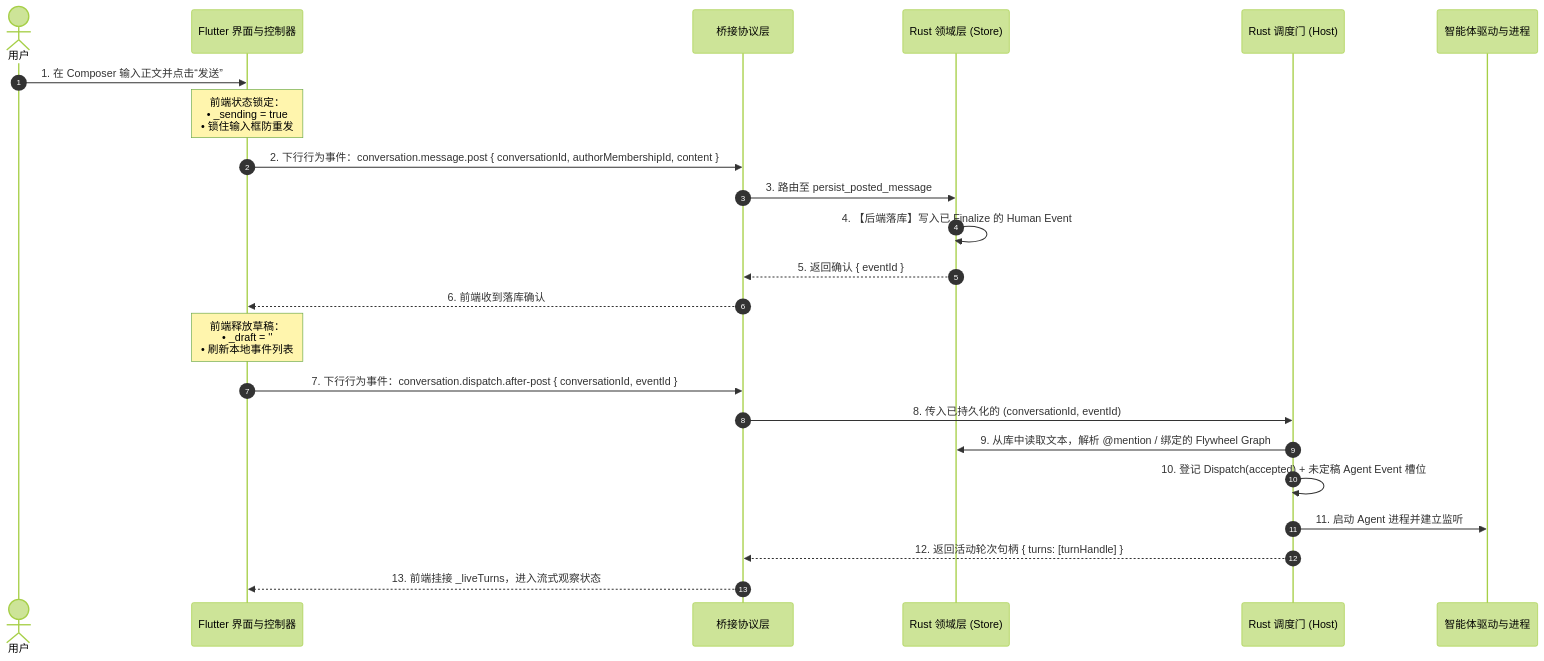
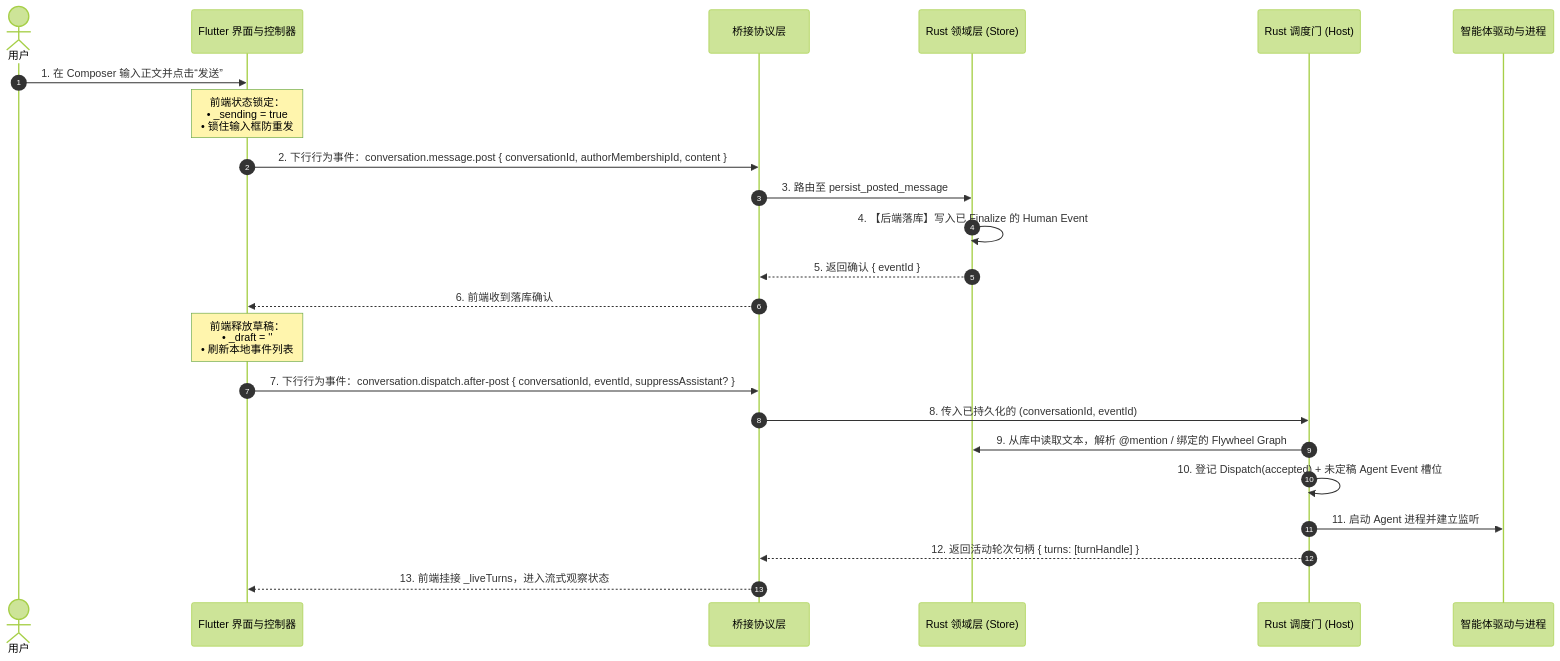
Before and after one commit to LicoLand/LicoUp: the seventh of 11 diagrams in docs/architecture/CONVERSATION-DOMAIN.zh-CN.md, drawn with Mermaid (forest theme). The commit also changed other lines of this file and 50 other files, not shown here.

Commit message:
feat: align conversation chrome and separate assistant controls

````diff
--- a/docs/architecture/CONVERSATION-DOMAIN.zh-CN.md
+++ b/docs/architecture/CONVERSATION-DOMAIN.zh-CN.md
@@ -517,28 +523,28 @@
 ```mermaid
 sequenceDiagram
     autonumber
     actor User as 用户
     participant UI as Flutter 界面与控制器
     participant Bridge as 桥接协议层
     participant Domain as Rust 领域层 (Store)
     participant Dispatch as Rust 调度门 (Host)
     participant Driver as 智能体驱动与进程
 
     User->>UI: 1. 在 Composer 输入正文并点击“发送”
     Note over UI: 前端状态锁定：<br/>• _sending = true<br/>• 锁住输入框防重发
 
     UI->>Bridge: 2. 下行行为事件：conversation.message.post { conversationId, authorMembershipId, content }
     Bridge->>Domain: 3. 路由至 persist_posted_message
     Domain->>Domain: 4. 【后端落库】写入已 Finalize 的 Human Event
     Domain-->>Bridge: 5. 返回确认 { eventId }
     Bridge-->>UI: 6. 前端收到落库确认
     Note over UI: 前端释放草稿：<br/>• _draft = ''<br/>• 刷新本地事件列表
 
-    UI->>Bridge: 7. 下行行为事件：conversation.dispatch.after-post { conversationId, eventId }
+    UI->>Bridge: 7. 下行行为事件：conversation.dispatch.after-post { conversationId, eventId, suppressAssistant? }
     Bridge->>Dispatch: 8. 传入已持久化的 (conversationId, eventId)
     Dispatch->>Domain: 9. 从库中读取文本，解析 @mention / 绑定的 Flywheel Graph
     Dispatch->>Dispatch: 10. 登记 Dispatch(accepted) + 未定稿 Agent Event 槽位
     Dispatch->>Driver: 11. 启动 Agent 进程并建立监听
     Dispatch-->>Bridge: 12. 返回活动轮次句柄 { turns: [turnHandle] }
     Bridge-->>UI: 13. 前端挂接 _liveTurns，进入流式观察状态
 ```
````
